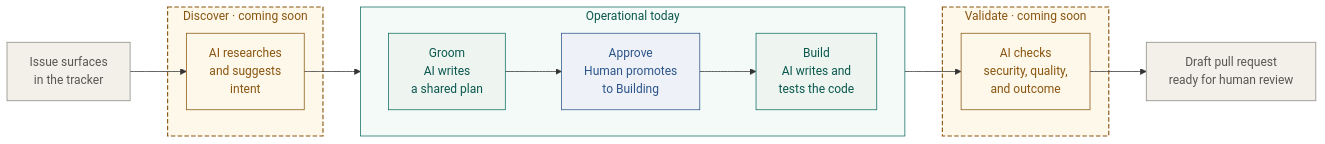
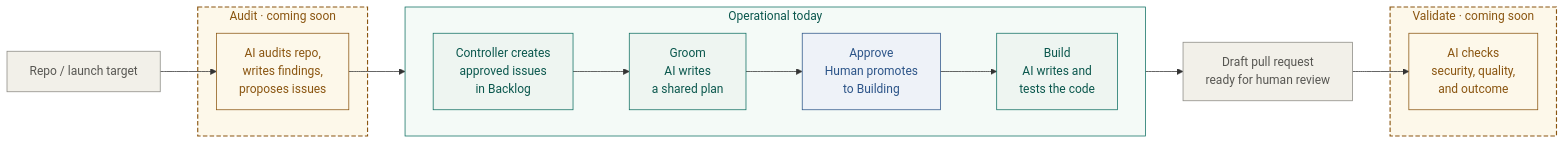
The second of 2 diagrams in docs/architecture/system-overview.md (Calibrax-ai/autoship), drawn with Mermaid before and after one commit. The commit also changed other lines of this file and 16 other files, not shown here.

````diff
--- a/docs/architecture/system-overview.md
+++ b/docs/architecture/system-overview.md
@@ -77,41 +89,42 @@
 ```mermaid
 flowchart LR
-    L["Issue surfaces<br/>in the tracker"]
+    R["Repo / launch target"]
 
-    subgraph FUT1 ["Discover · coming soon"]
-      D["AI researches<br/>and suggests<br/>intent"]
+    subgraph FUT1 ["Audit · coming soon"]
+      A["AI audits repo,<br/>writes findings,<br/>proposes issues"]
     end
 
     subgraph TODAY ["Operational today"]
       direction LR
+      BQ["Controller creates<br/>approved issues<br/>in Backlog"]
       G["Groom<br/>AI writes<br/>a shared plan"]
       HA["Approve<br/>Human promotes<br/>to Building"]
       B["Build<br/>AI writes and<br/>tests the code"]
-      G --> HA --> B
+      BQ --> G --> HA --> B
     end
 
     subgraph FUT2 ["Validate · coming soon"]
       V["AI checks<br/>security, quality,<br/>and outcome"]
     end
 
     PR["Draft pull request<br/>ready for human review"]
 
-    L --> D
-    D --> G
-    B --> V
-    V --> PR
+    R --> A
+    A --> BQ
+    B --> PR
+    PR --> V
 
     classDef live fill:#eef5f1,stroke:#0d6e61,color:#0a574d
     classDef human fill:#eef2f8,stroke:#2c5488,color:#2c5488
     classDef ext fill:#f2f0e9,stroke:#8a8983,color:#575652
     classDef fut fill:#fdf8ea,stroke:#8a5510,color:#8a5510
 
-    class G,B live
+    class BQ,G,B live
     class HA human
-    class L,PR ext
-    class D,V fut
+    class R,PR ext
+    class A,V fut
 
     style FUT1 fill:#fdf8ea,stroke:#8a5510,stroke-width:1.5px,stroke-dasharray: 6 3,color:#8a5510
     style FUT2 fill:#fdf8ea,stroke:#8a5510,stroke-width:1.5px,stroke-dasharray: 6 3,color:#8a5510
     style TODAY fill:#f4faf7,stroke:#0d6e61,stroke-width:1px,color:#0a574d
 ```
````
